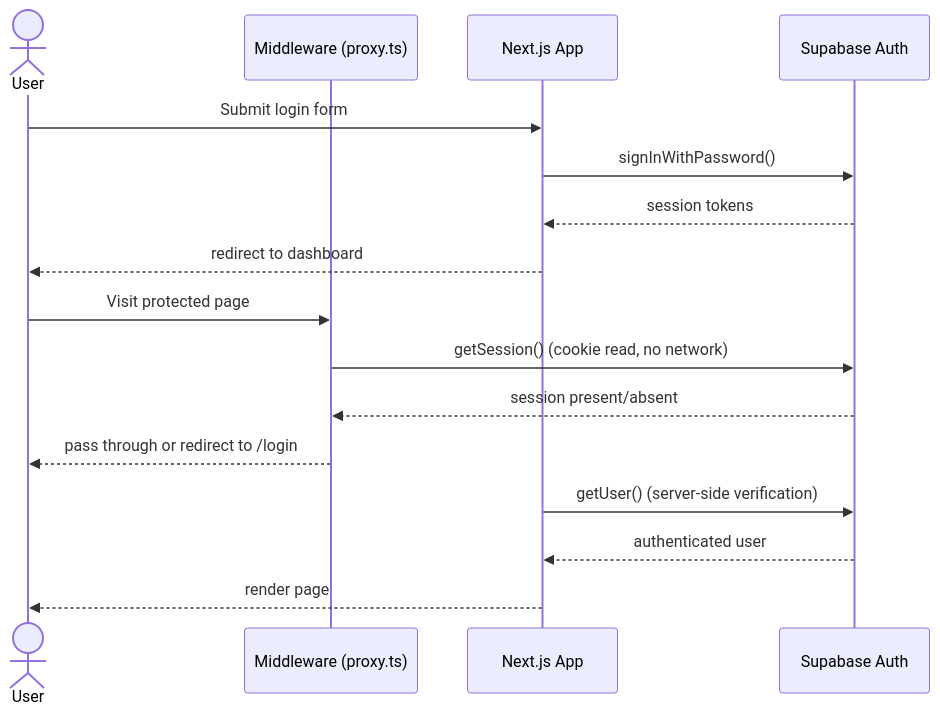
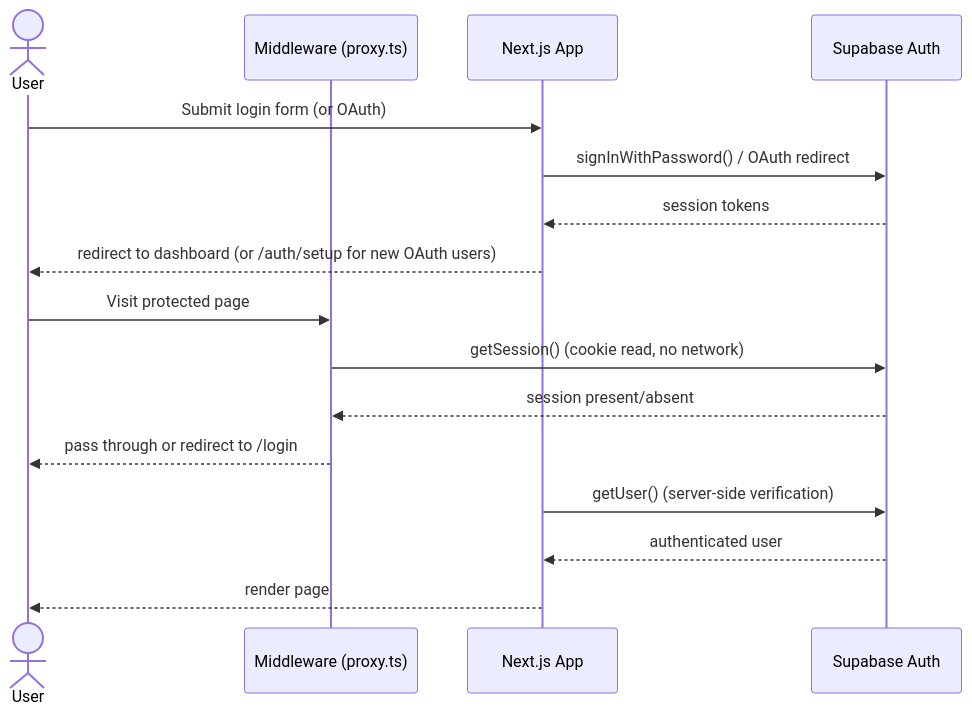
The third of 6 diagrams in docs/docs.md (MIEtheDEV/Vaultset), drawn with Mermaid before and after one commit. The commit also changed other lines of this file and 11 other files, not shown here.

````diff
--- a/docs/docs.md
+++ b/docs/docs.md
@@ -259,21 +301,21 @@
 ```mermaid
 sequenceDiagram
     actor User
     participant MW as Middleware (proxy.ts)
     participant App as Next.js App
     participant Auth as Supabase Auth
 
-    User->>App: Submit login form
-    App->>Auth: signInWithPassword()
+    User->>App: Submit login form (or OAuth)
+    App->>Auth: signInWithPassword() / OAuth redirect
     Auth-->>App: session tokens
-    App-->>User: redirect to dashboard
+    App-->>User: redirect to dashboard (or /auth/setup for new OAuth users)
 
     User->>MW: Visit protected page
     MW->>Auth: getSession() (cookie read, no network)
     Auth-->>MW: session present/absent
     MW-->>User: pass through or redirect to /login
 
     App->>Auth: getUser() (server-side verification)
     Auth-->>App: authenticated user
     App-->>User: render page
 ```
````
